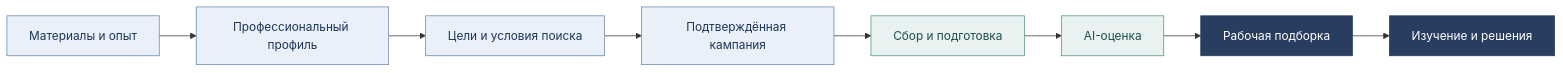
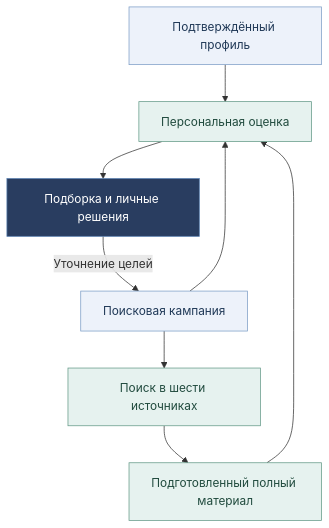
Before and after one commit to Vkuvalin/vacancy_collector_public: the first of 5 diagrams in PRESENTATION.md, drawn with Mermaid. The commit also changed other lines of this file and 2 other files, not shown here.

````diff
--- a/PRESENTATION.md
+++ b/PRESENTATION.md
@@ -23,16 +25,16 @@
 ```mermaid
-flowchart LR
-    A["Материалы и опыт"] --> B["Профессиональный профиль"]
-    B --> C["Цели и условия поиска"]
-    C --> D["Подтверждённая кампания"]
-    D --> E["Сбор и подготовка"]
-    E --> F["AI-оценка"]
-    F --> G["Рабочая подборка"]
-    G --> H["Изучение и решения"]
-    classDef input fill:#e9f0fa,stroke:#6486ae,color:#1c3657;
-    classDef processing fill:#e8f2f1,stroke:#4f9389,color:#214e49;
-    classDef result fill:#293d60,stroke:#293d60,color:#ffffff;
-    class A,B,C,D input;
-    class E,F processing;
-    class G,H result;
+flowchart TB
+    P["Подтверждённый профиль"] --> E["Персональная оценка"]
+    C["Поисковая кампания"] --> S["Поиск в шести источниках"]
+    C --> E
+    S --> M["Подготовленный полный материал"]
+    M --> E
+    E --> W["Подборка и личные решения"]
+    W -->|"Уточнение целей"| C
+    classDef context fill:#edf2fa,stroke:#7c9dc6,color:#203957
+    classDef process fill:#e6f2ef,stroke:#639987,color:#214b3e
+    classDef result fill:#293d60,stroke:#557cad,color:#ffffff
+    class P,C context
+    class S,M,E process
+    class W result
 ```
````
